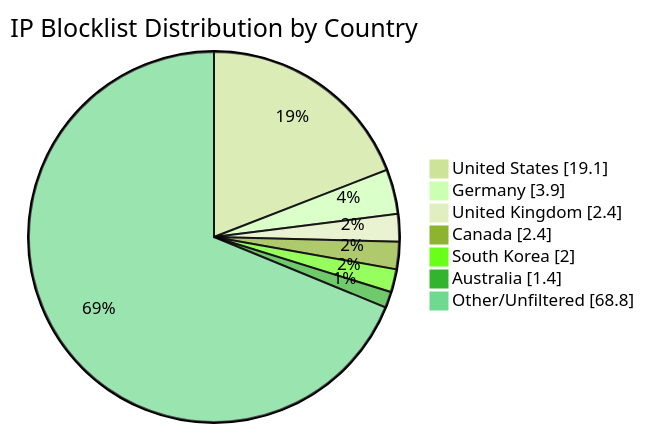
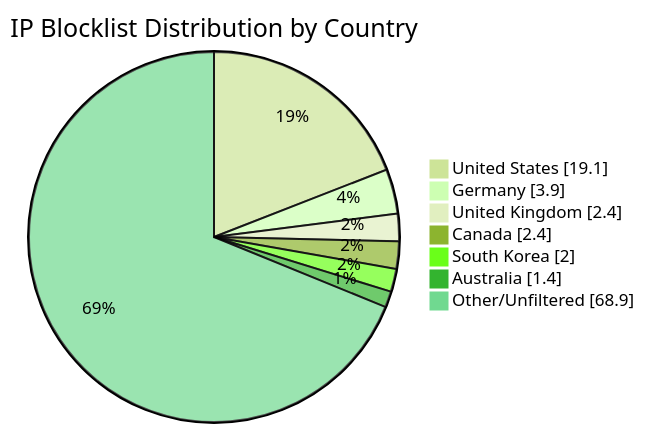
The diagram in README.md (MarcusHoltz/ipblocklist-geofiltered-aggregator), drawn with Mermaid (forest theme) before and after one commit. The commit also changed other lines of this file and 9 other files, not shown here.

````diff
--- a/README.md
+++ b/README.md
@@ -34,10 +34,10 @@
 ```mermaid
 pie showData title IP Blocklist Distribution by Country
 "United States" : 19.1
 "Germany" : 3.9
 "United Kingdom" : 2.4
 "Canada" : 2.4
 "South Korea" : 2.0
 "Australia" : 1.4
-"Other/Unfiltered" : 68.8
+"Other/Unfiltered" : 68.9
 ```
````
